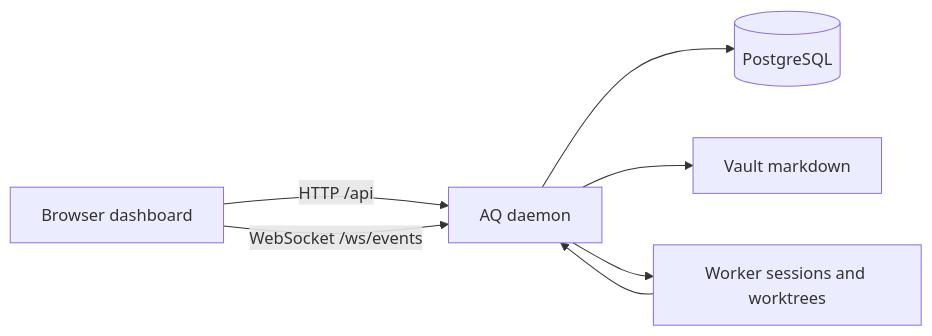
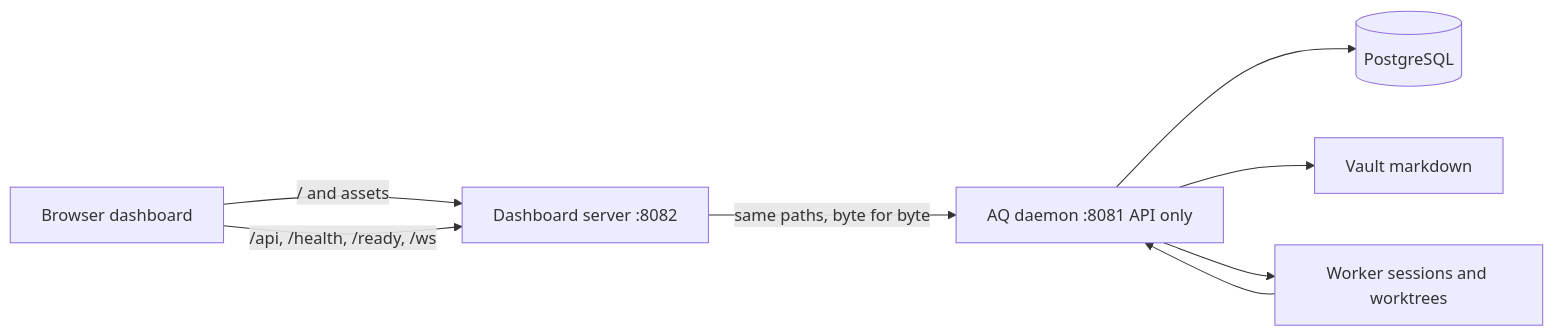
Before and after one commit to ElectricJack/agent-queue: the diagram in docs/guides/dashboard.md, drawn with Mermaid. The commit also changed other lines of this file and 18 other files, not shown here.

````diff
--- a/docs/guides/dashboard.md
+++ b/docs/guides/dashboard.md
@@ -33,9 +72,10 @@
 ```mermaid
 flowchart LR
-  Browser[Browser dashboard] -->|HTTP /api| Daemon[AQ daemon]
-  Browser -->|WebSocket /ws/events| Daemon
+  Browser[Browser dashboard] -->|"/ and assets"| Server[Dashboard server :8082]
+  Browser -->|"/api, /health, /ready, /ws"| Server
+  Server -->|"same paths, byte for byte"| Daemon[AQ daemon :8081 API only]
   Daemon --> DB[(PostgreSQL)]
   Daemon --> Vault[Vault markdown]
   Daemon --> Workers[Worker sessions and worktrees]
   Workers --> Daemon
 ```
````
